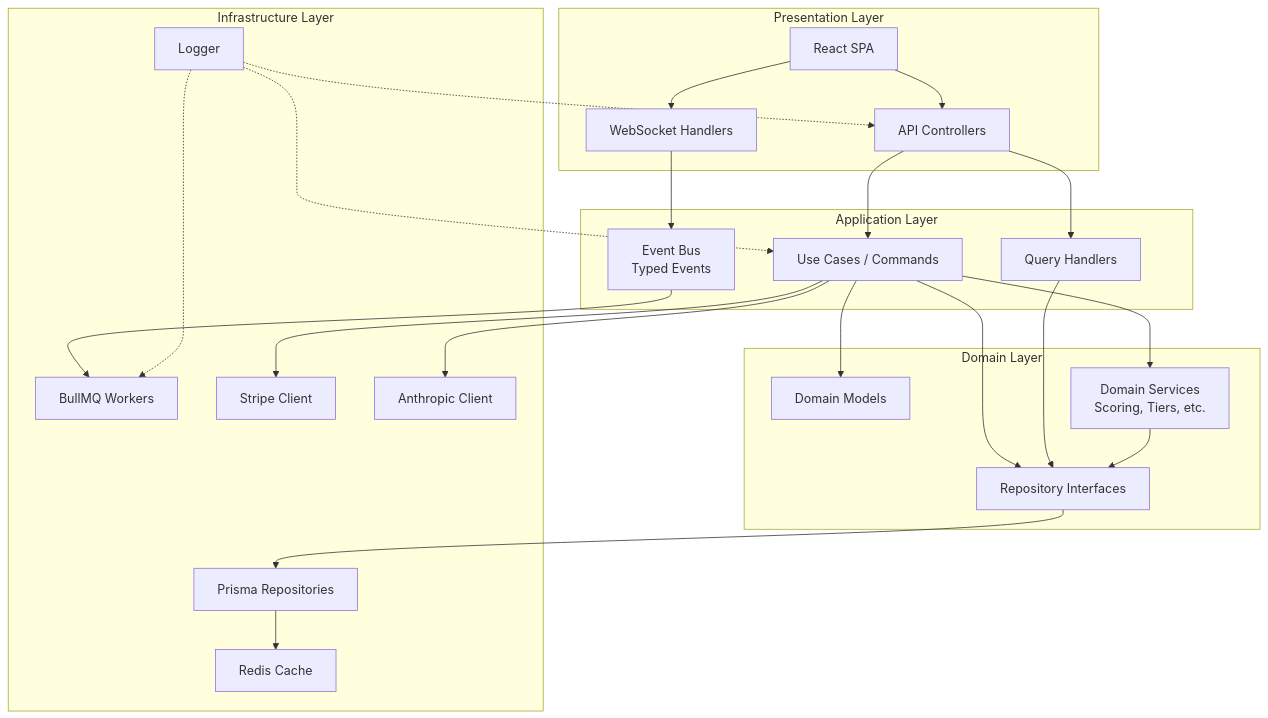
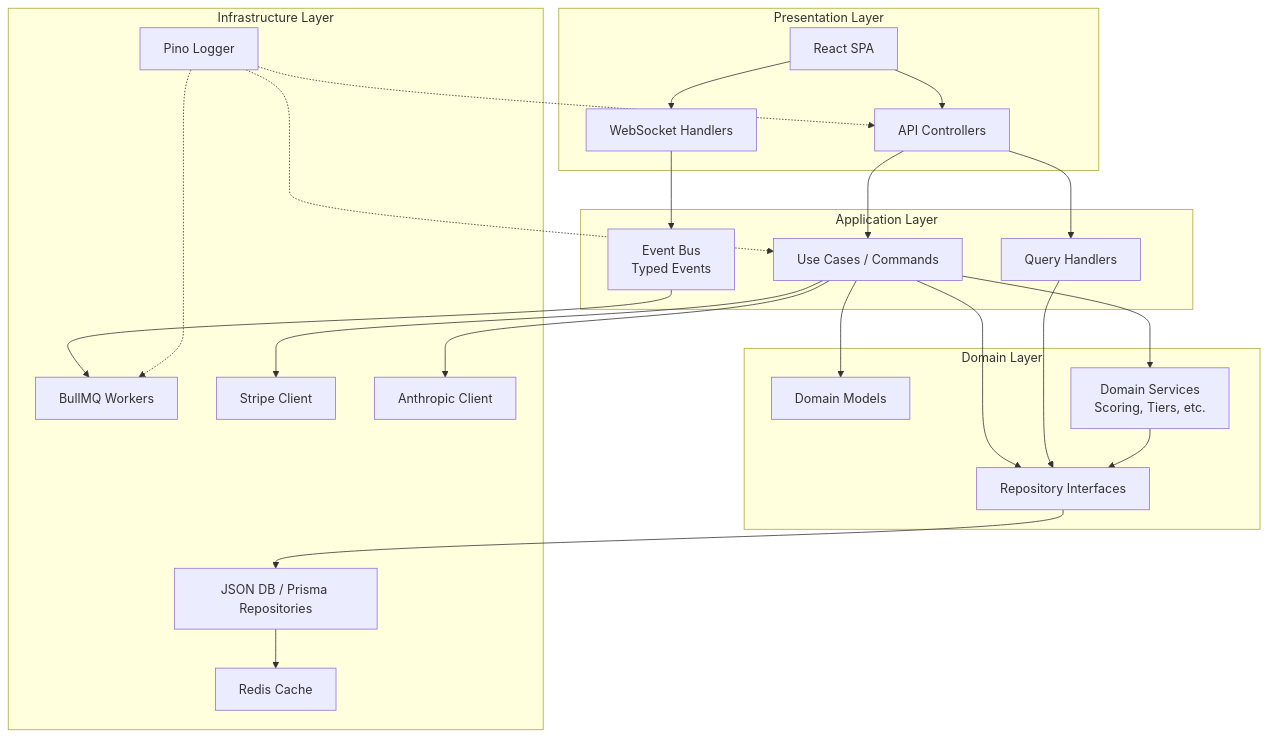
The second of 2 diagrams in docs/audit-framework/Volume-99-Comprehensive-Engineering-Audit.md (themanoj-025/Match-Mind), drawn with Mermaid before and after one commit. The commit also changed other lines of this file and 2 other files, not shown here.

````diff
--- a/docs/audit-framework/Volume-99-Comprehensive-Engineering-Audit.md
+++ b/docs/audit-framework/Volume-99-Comprehensive-Engineering-Audit.md
@@ -316,48 +318,48 @@
 ```mermaid
 graph TB
     subgraph "Presentation Layer"
         A[React SPA]
         B[API Controllers]
         C[WebSocket Handlers]
     end
 
     subgraph "Application Layer"
         D[Use Cases / Commands]
         E[Query Handlers]
         F[Event Bus<br/>Typed Events]
     end
 
     subgraph "Domain Layer"
         G[Domain Models]
         H[Domain Services<br/>Scoring, Tiers, etc.]
         I[Repository Interfaces]
     end
 
     subgraph "Infrastructure Layer"
-        J[Prisma Repositories]
+        J[JSON DB / Prisma Repositories]
         K[Redis Cache]
         L[BullMQ Workers]
         M[Stripe Client]
         N[Anthropic Client]
-        O[Logger]
+        O[Pino Logger]
     end
 
     A --> B
     A --> C
     B --> D
     B --> E
     C --> F
     D --> G
     D --> H
     D --> I
     E --> I
     F --> L
     H --> I
     I --> J
     J --> K
     D --> M
     D --> N
     O -.-> B
     O -.-> D
     O -.-> L
 ```
````
